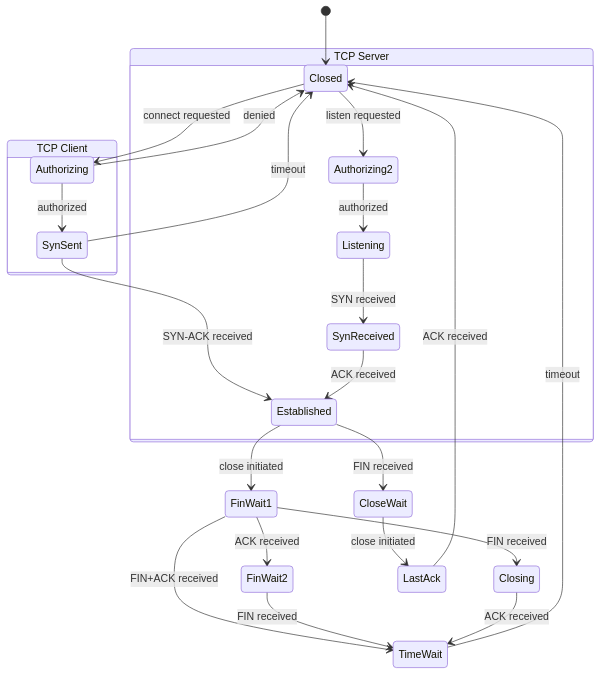
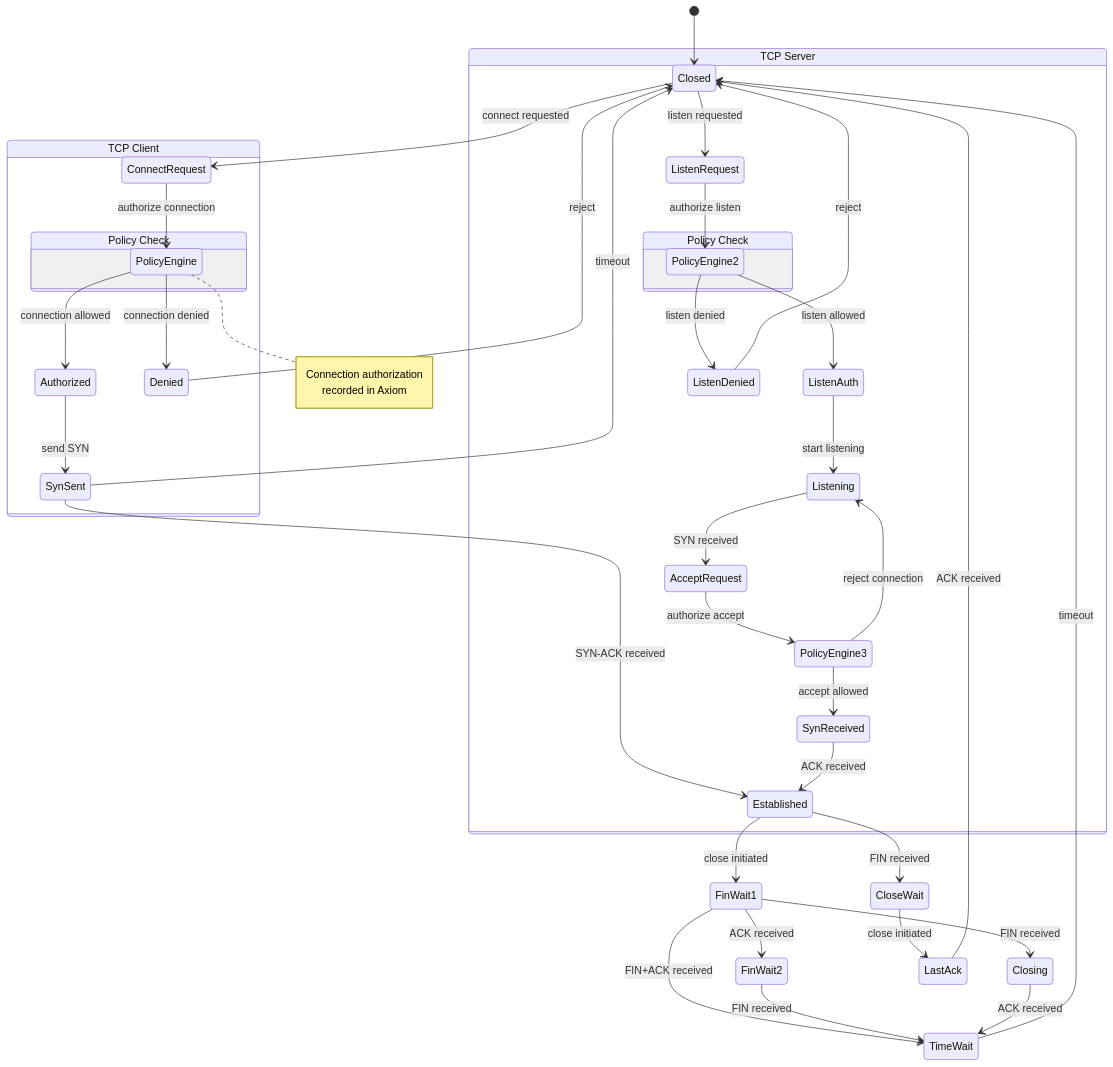
Before and after one commit to cypher-asi/zero-os: the ninth of 18 diagrams in docs/diagrams/state-machines.md, drawn with Mermaid. The commit also changed other lines of this file and 24 other files, not shown here.

````diff
--- a/docs/diagrams/state-machines.md
+++ b/docs/diagrams/state-machines.md
@@ -343,36 +437,59 @@
 ```mermaid
 stateDiagram-v2
     [*] --> Closed
     
     state "TCP Client" as client {
-        Closed --> Authorizing: connect requested
-        Authorizing --> SynSent: authorized
-        Authorizing --> Closed: denied
+        Closed --> ConnectRequest: connect requested
+        ConnectRequest --> PolicyEngine: authorize connection
+        
+        state "Policy Check" as pc {
+            PolicyEngine --> Authorized: connection allowed
+            PolicyEngine --> Denied: connection denied
+        }
+        
+        Denied --> Closed: reject
+        Authorized --> SynSent: send SYN
         SynSent --> Established: SYN-ACK received
         SynSent --> Closed: timeout
     }
     
     state "TCP Server" as server {
-        Closed --> Authorizing2: listen requested
-        Authorizing2 --> Listening: authorized
-        Listening --> SynReceived: SYN received
+        Closed --> ListenRequest: listen requested
+        ListenRequest --> PolicyEngine2: authorize listen
+        
+        state "Policy Check" as pc2 {
+            PolicyEngine2 --> ListenAuth: listen allowed
+            PolicyEngine2 --> ListenDenied: listen denied
+        }
+        
+        ListenDenied --> Closed: reject
+        ListenAuth --> Listening: start listening
+        Listening --> AcceptRequest: SYN received
+        AcceptRequest --> PolicyEngine3: authorize accept
+        PolicyEngine3 --> SynReceived: accept allowed
+        PolicyEngine3 --> Listening: reject connection
         SynReceived --> Established: ACK received
     }
     
     Established --> FinWait1: close initiated
     Established --> CloseWait: FIN received
     
     FinWait1 --> FinWait2: ACK received
     FinWait1 --> Closing: FIN received
     FinWait1 --> TimeWait: FIN+ACK received
     
     FinWait2 --> TimeWait: FIN received
     
     Closing --> TimeWait: ACK received
     
     CloseWait --> LastAck: close initiated
     
     LastAck --> Closed: ACK received
     
     TimeWait --> Closed: timeout
+    
+    note right of PolicyEngine
+        Connection authorization
+        recorded in Axiom
+    end note
 ```
````
